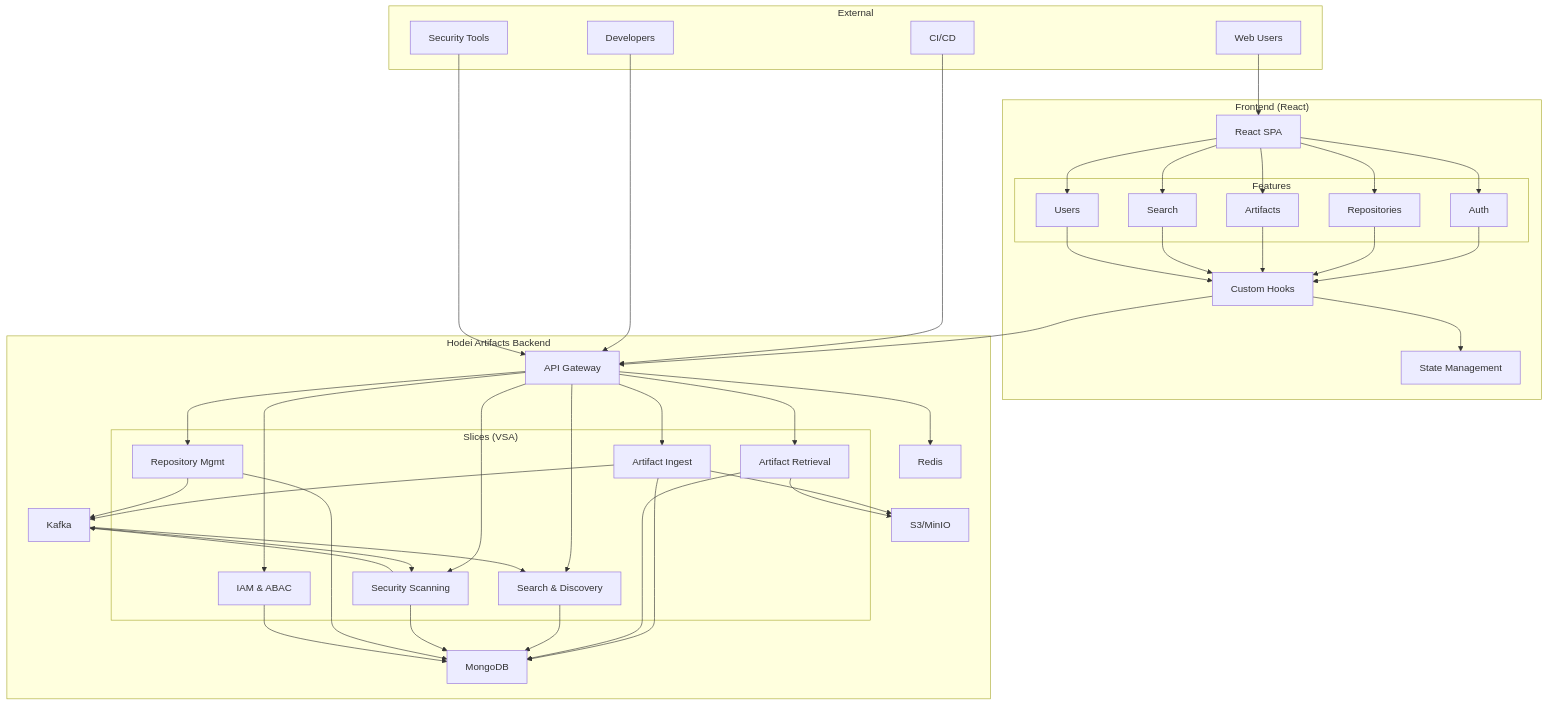
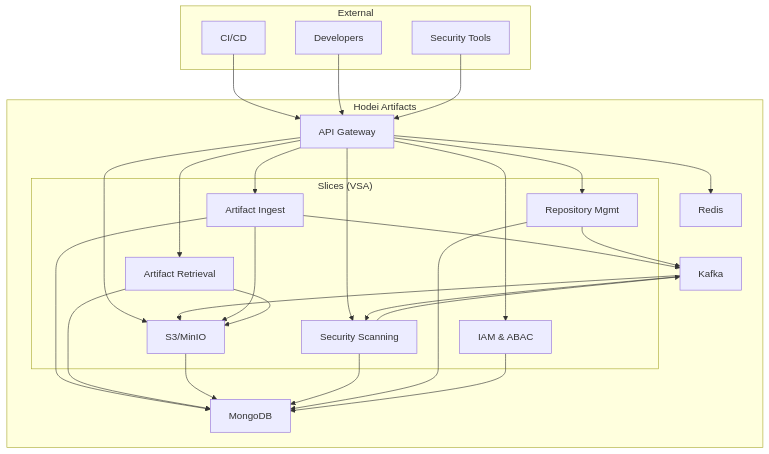
One commit to Rubentxu/hodei-artifacts changed the diagram in README.md. Above: the diagram before and after it, drawn with Mermaid. The commit also changed other lines of this file and 4 other files, not shown here.

````diff
--- a/README.md
+++ b/README.md
@@ -30,55 +30,35 @@
 ```mermaid
 graph TB
     subgraph "External"
         CI[CI/CD]
         DEV[Developers]
         SEC[Security Tools]
-        WEB[Web Users]
     end
 
-    subgraph "Frontend (React)"
-        UI[React SPA]
-        subgraph "Features"
-            F1[Auth]
-            F2[Repositories]
-            F3[Artifacts]
-            F4[Search]
-            F5[Users]
-        end
-        STORE[State Management]
-        HOOKS[Custom Hooks]
-    end
-
-    subgraph "Hodei Artifacts Backend"
+    subgraph "Hodei Artifacts"
         API[API Gateway]
         subgraph "Slices (VSA)"
             S1[Artifact Ingest]
             S2[Artifact Retrieval]
             S3[Search & Discovery]
             S4[Security Scanning]
             S5[Repository Mgmt]
             S6[IAM & ABAC]
         end
         KAFKA[Kafka]
         MONGO[MongoDB]
-        S3STORAGE[S3/MinIO]
+        S3[S3/MinIO]
         CACHE[Redis]
     end
 
-    WEB --> UI
-    UI --> F1 & F2 & F3 & F4 & F5
-    F1 & F2 & F3 & F4 & F5 --> HOOKS
-    HOOKS --> STORE
-    HOOKS --> API
-    
     CI & DEV & SEC --> API
     API --> S1 & S2 & S3 & S4 & S5 & S6
     S1 --> KAFKA
     S4 --> KAFKA
     S5 --> KAFKA
     KAFKA --> S3
     KAFKA --> S4
     S1 & S2 & S3 & S4 & S5 & S6 --> MONGO
-    S1 & S2 --> S3STORAGE
+    S1 & S2 --> S3
     API --> CACHE
 ```
````
